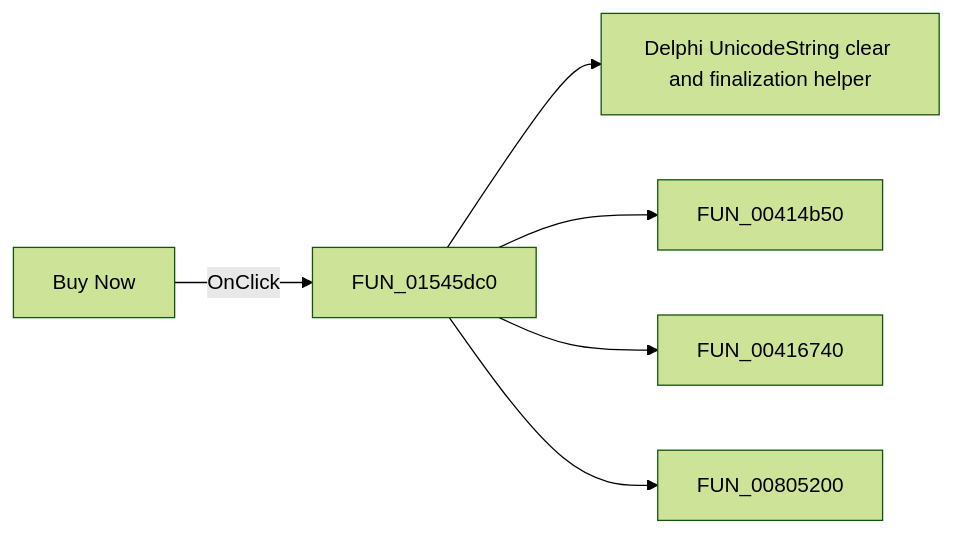
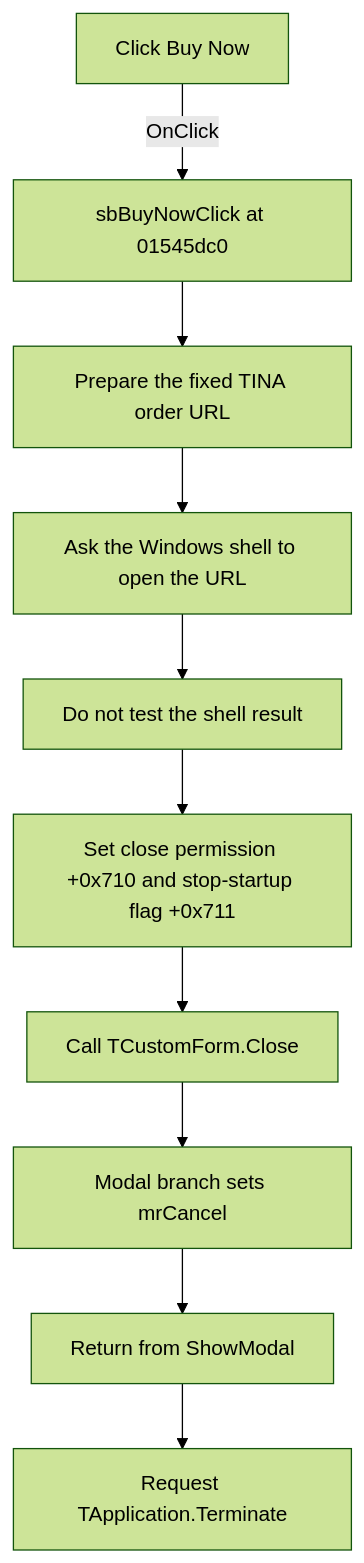
Before and after one commit to MovGP0/TIARA: the diagram in docs/ui-controls/trialform/sbbuynow-718f65670a.md, drawn with Mermaid (forest theme). The commit also changed other lines of this file and 1062 other files, not shown here.

````diff
--- a/docs/ui-controls/trialform/sbbuynow-718f65670a.md
+++ b/docs/ui-controls/trialform/sbbuynow-718f65670a.md
@@ -27,8 +31,12 @@
 ```mermaid
-flowchart LR
-    control["Buy Now"] -->|OnClick| handler["FUN_01545dc0"]
-    handler --> call1["Delphi UnicodeString clear and finalization helper"]
-    handler --> call2["FUN_00414b50"]
-    handler --> call3["FUN_00416740"]
-    handler --> call4["FUN_00805200"]
+flowchart TD
+    control["Click Buy Now"] -->|"OnClick"| handler["sbBuyNowClick at 01545dc0"]
+    handler --> url["Prepare the fixed TINA order URL"]
+    url --> shell["Ask the Windows shell to open the URL"]
+    shell --> ignored["Do not test the shell result"]
+    ignored --> flags["Set close permission +0x710 and stop-startup flag +0x711"]
+    flags --> close["Call TCustomForm.Close"]
+    close --> result["Modal branch sets mrCancel"]
+    result --> modal["Return from ShowModal"]
+    modal --> terminate["Request TApplication.Terminate"]
 ```
````
